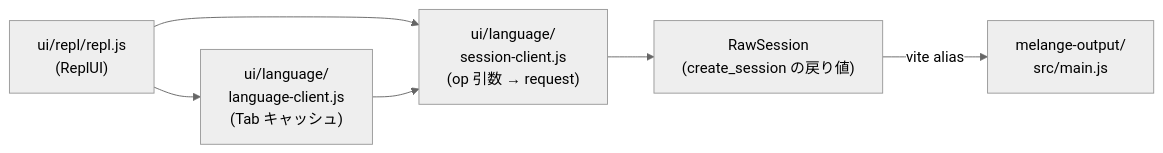
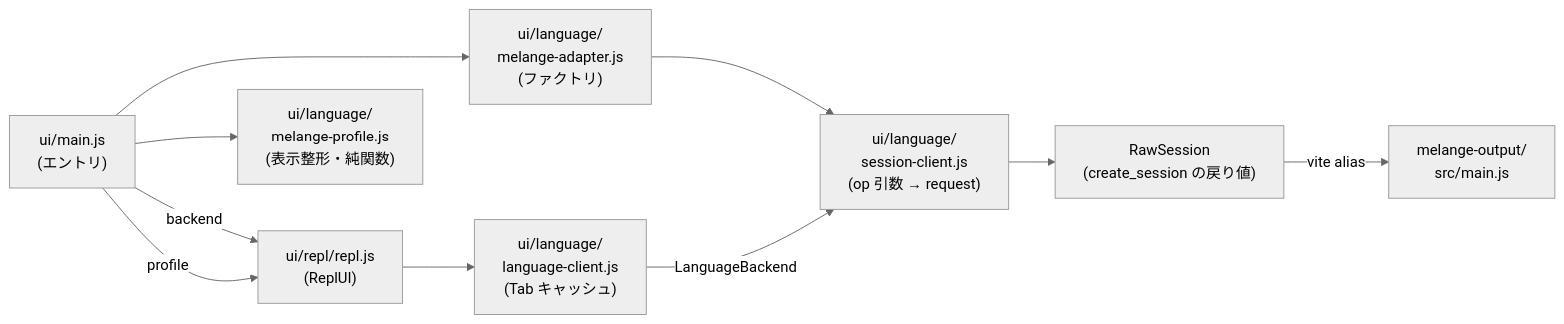
The fourth of 5 diagrams in ARCH.md (zenwerk/learn-melange), drawn with Mermaid (neutral theme) before and after one commit. The commit also changed other lines of this file, not shown here.

````diff
--- a/ARCH.md
+++ b/ARCH.md
@@ -300,14 +306,21 @@
 ```mermaid
 flowchart LR
+    Main["ui/main.js<br/>(エントリ)"]
     Repl["ui/repl/repl.js<br/>(ReplUI)"]
+    Adapter["ui/language/<br/>melange-adapter.js<br/>(ファクトリ)"]
+    Profile["ui/language/<br/>melange-profile.js<br/>(表示整形・純関数)"]
     LangClient["ui/language/<br/>language-client.js<br/>(Tab キャッシュ)"]
     SessionClient["ui/language/<br/>session-client.js<br/>(op 引数 → request)"]
     RawSession["RawSession<br/>(create_session の戻り値)"]
     MainJs["melange-output/<br/>src/main.js"]
 
+    Main -->|"backend"| Repl
+    Main -->|"profile"| Repl
+    Main --> Adapter
+    Main --> Profile
+    Adapter --> SessionClient
     Repl --> LangClient
-    Repl --> SessionClient
-    LangClient --> SessionClient
+    LangClient -->|"LanguageBackend"| SessionClient
     SessionClient --> RawSession
     RawSession -->|"vite alias"| MainJs
 ```
````
